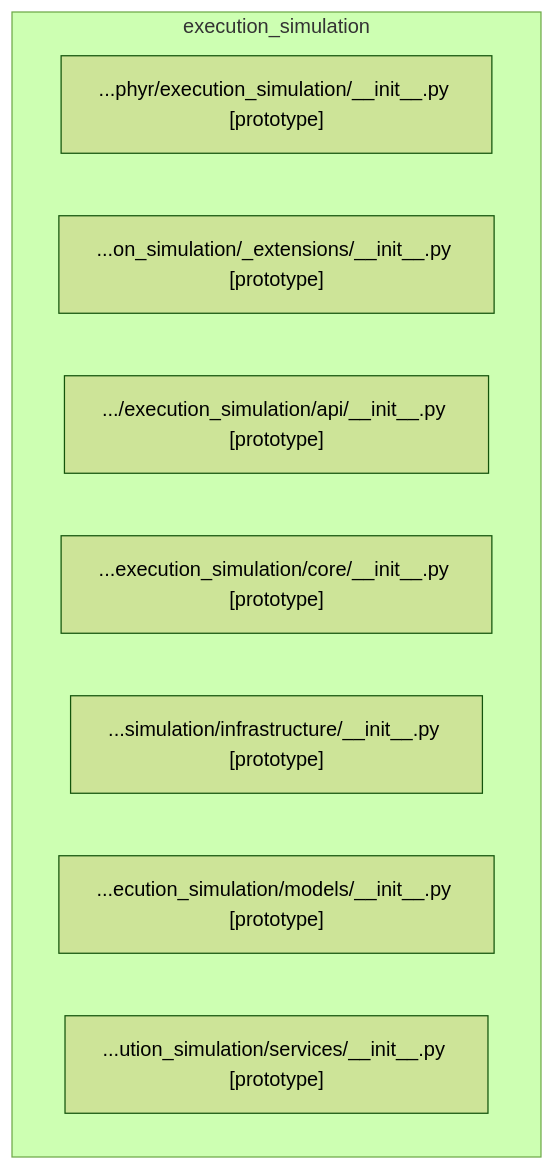
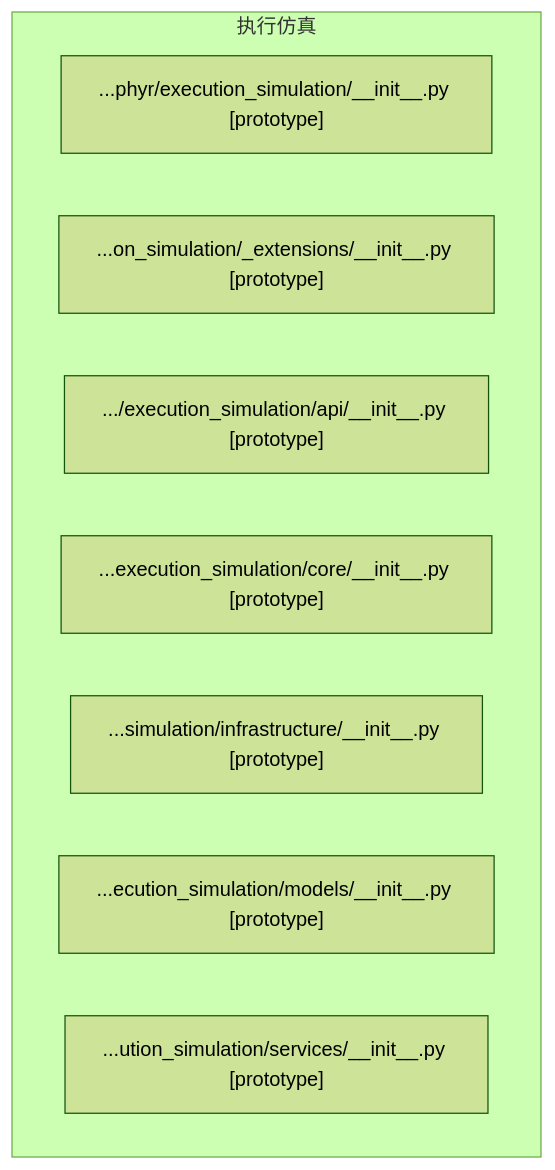
The diagram in docs/02_enterprise_architecture/generated/domains/d_exec_sim_dependency.mmd (xuanFelixVan/ZephyrAlpha), drawn with Mermaid (forest theme) before and after one commit. The commit also changed 125 other files, not shown here.

```diff
--- a/docs/02_enterprise_architecture/generated/domains/d_exec_sim_dependency.mmd
+++ b/docs/02_enterprise_architecture/generated/domains/d_exec_sim_dependency.mmd
@@ -1,28 +1,28 @@
 %% D_EXEC_SIM 域全景依赖图
-%% 生成时间: 2026-07-19 04:15:26
+%% 生成时间: 2026-07-19 04:19:10
 %% 数据源: depgraph (PostgreSQL) nodes表 + edges表
 %% 模块数: 7, 依赖边数: 0
 
 graph TD
 
     %% 域内模块（最多显示 100 个）
-    subgraph D_EXEC_SIM[execution_simulation]
+    subgraph D_EXEC_SIM[执行仿真]
         src_zephyr_execution_simulation___init___py["...phyr/execution_simulation/__init__.py [prototype]"]
         src_zephyr_execution_simulation__extensions___init___py["...on_simulation/_extensions/__init__.py [prototype]"]
         src_zephyr_execution_simulation_api___init___py[".../execution_simulation/api/__init__.py [prototype]"]
         src_zephyr_execution_simulation_core___init___py["...execution_simulation/core/__init__.py [prototype]"]
         src_zephyr_execution_simulation_infrastructure___init___py["...simulation/infrastructure/__init__.py [prototype]"]
         src_zephyr_execution_simulation_models___init___py["...ecution_simulation/models/__init__.py [prototype]"]
         src_zephyr_execution_simulation_services___init___py["...ution_simulation/services/__init__.py [prototype]"]
     end
 
     %% 域内依赖（最多显示 80 条）
 
     %% 跨域依赖（入）- 最多显示 30 条
 
     %% 跨域依赖（出）- 最多显示 30 条
 
     %% 统计
     %% 域内依赖: 0 条
     %% 跨域入边: 0 条
     %% 跨域出边: 0 条
```
